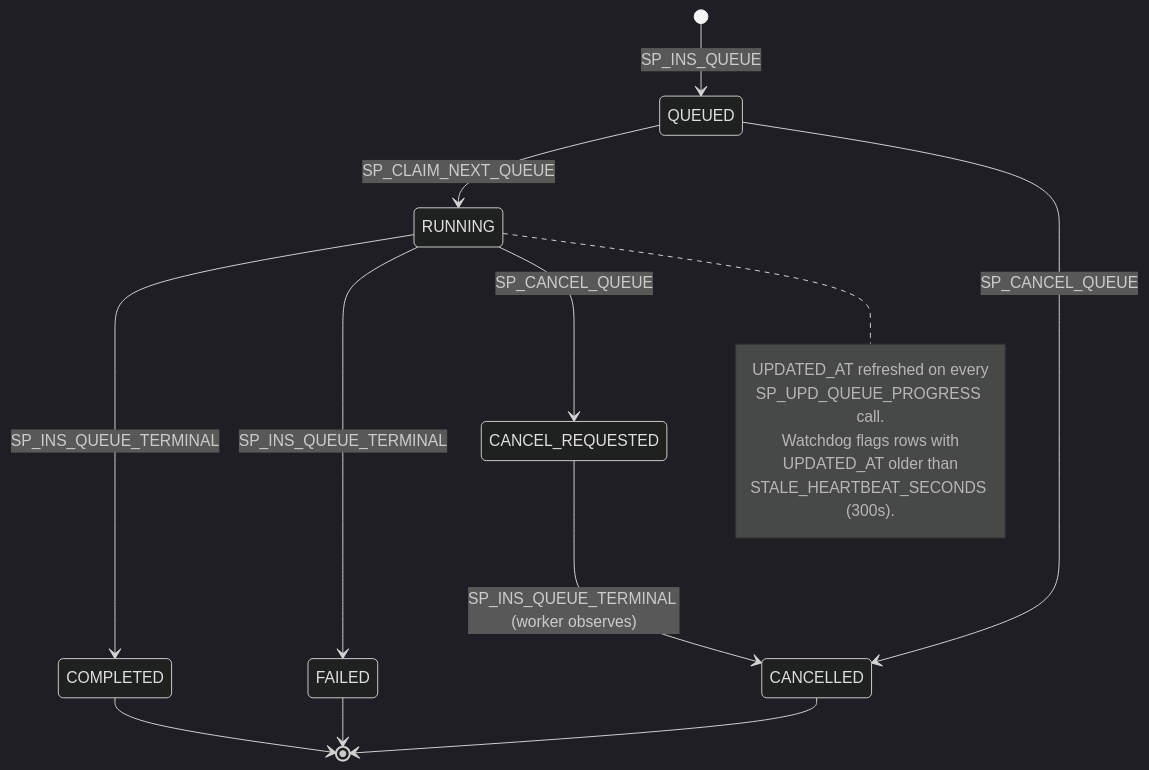
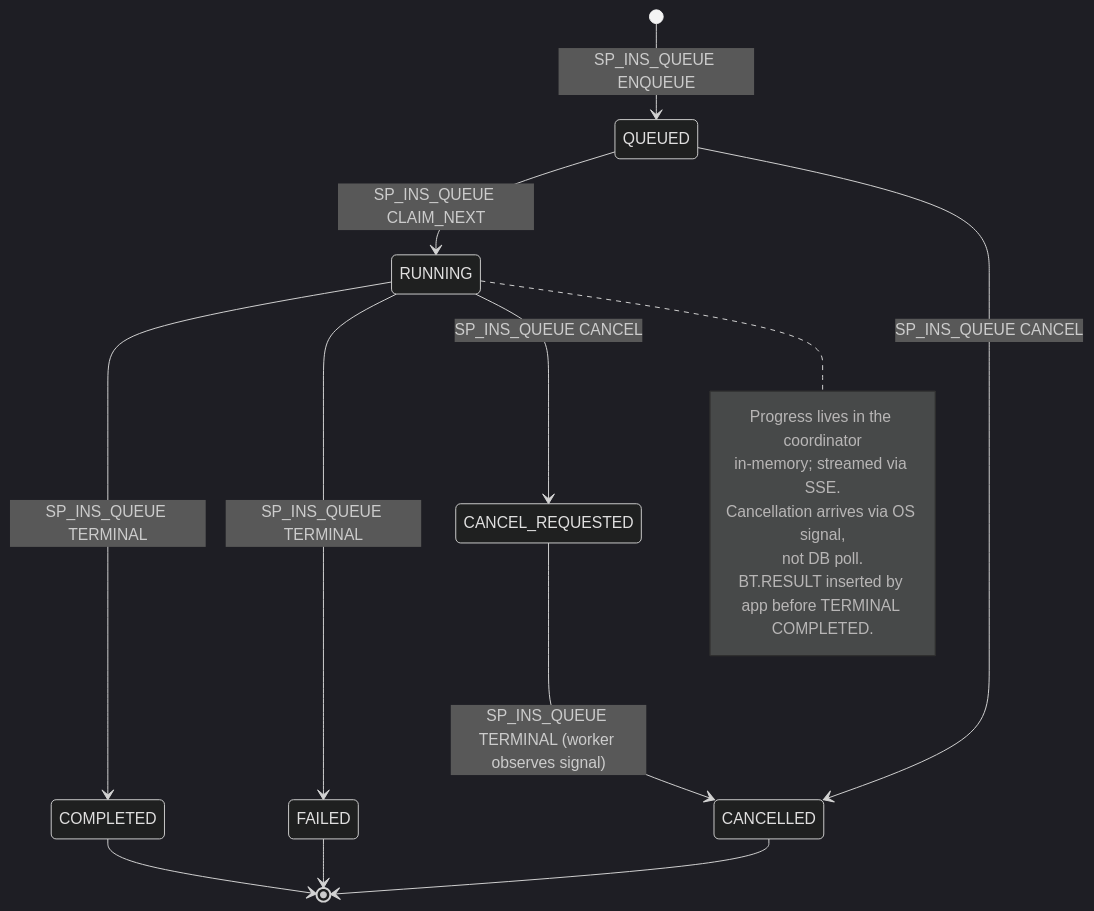
The second of 2 diagrams in docs/design/backtest-queue-v3-review.md (alfred1123/Quant_Strategies), drawn with Mermaid (dark theme) before and after one commit. The commit also changed other lines of this file and 25 other files, not shown here.

````diff
--- a/docs/design/backtest-queue-v3-review.md
+++ b/docs/design/backtest-queue-v3-review.md
@@ -209,20 +212,20 @@
 ```mermaid
 stateDiagram-v2
-    [*] --> QUEUED: SP_INS_QUEUE
-    QUEUED --> RUNNING: SP_CLAIM_NEXT_QUEUE
-    QUEUED --> CANCELLED: SP_CANCEL_QUEUE
-    RUNNING --> COMPLETED: SP_INS_QUEUE_TERMINAL
-    RUNNING --> FAILED: SP_INS_QUEUE_TERMINAL
-    RUNNING --> CANCEL_REQUESTED: SP_CANCEL_QUEUE
-    CANCEL_REQUESTED --> CANCELLED: SP_INS_QUEUE_TERMINAL (worker observes)
+    [*] --> QUEUED: SP_INS_QUEUE ENQUEUE
+    QUEUED --> RUNNING: SP_INS_QUEUE CLAIM_NEXT
+    QUEUED --> CANCELLED: SP_INS_QUEUE CANCEL
+    RUNNING --> COMPLETED: SP_INS_QUEUE TERMINAL
+    RUNNING --> FAILED: SP_INS_QUEUE TERMINAL
+    RUNNING --> CANCEL_REQUESTED: SP_INS_QUEUE CANCEL
+    CANCEL_REQUESTED --> CANCELLED: SP_INS_QUEUE TERMINAL (worker observes signal)
     COMPLETED --> [*]
     FAILED --> [*]
     CANCELLED --> [*]
     note right of RUNNING
-        UPDATED_AT refreshed on every
-        SP_UPD_QUEUE_PROGRESS call.
-        Watchdog flags rows with
-        UPDATED_AT older than
-        STALE_HEARTBEAT_SECONDS (300s).
+        Progress lives in the coordinator
+        in-memory; streamed via SSE.
+        Cancellation arrives via OS signal,
+        not DB poll.
+        BT.RESULT inserted by app before TERMINAL COMPLETED.
     end note
 ```
````
